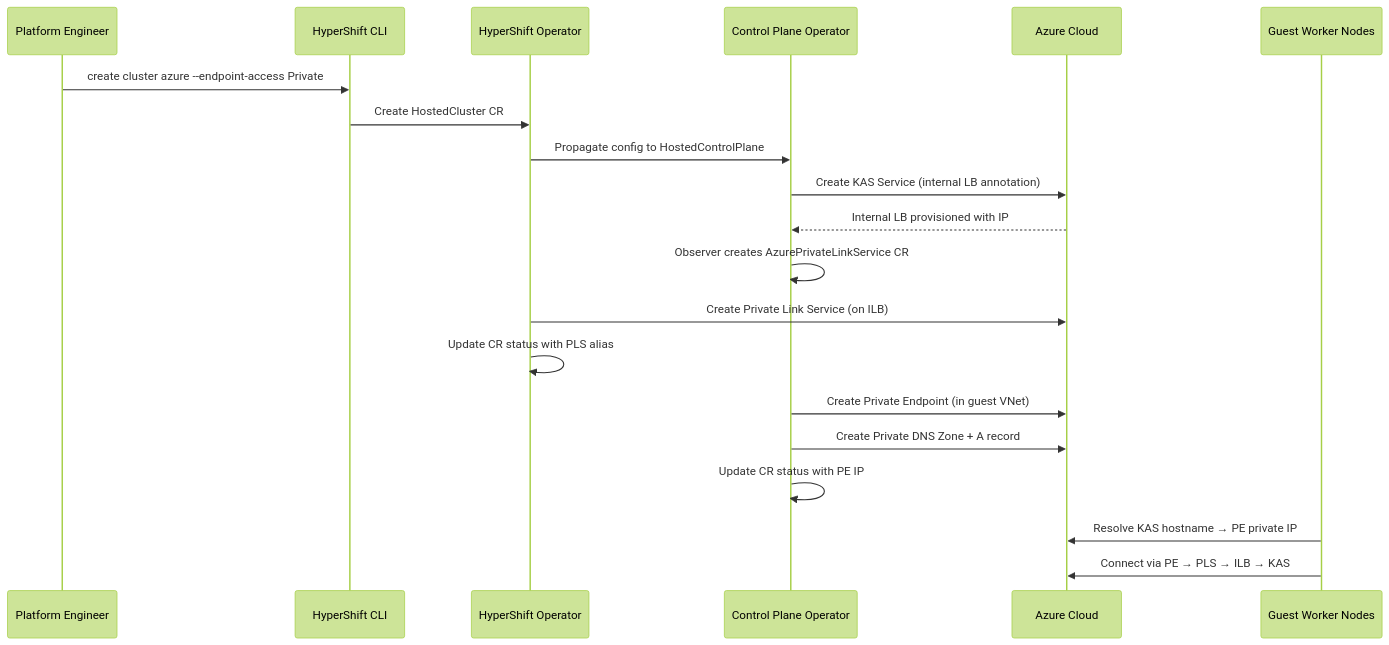
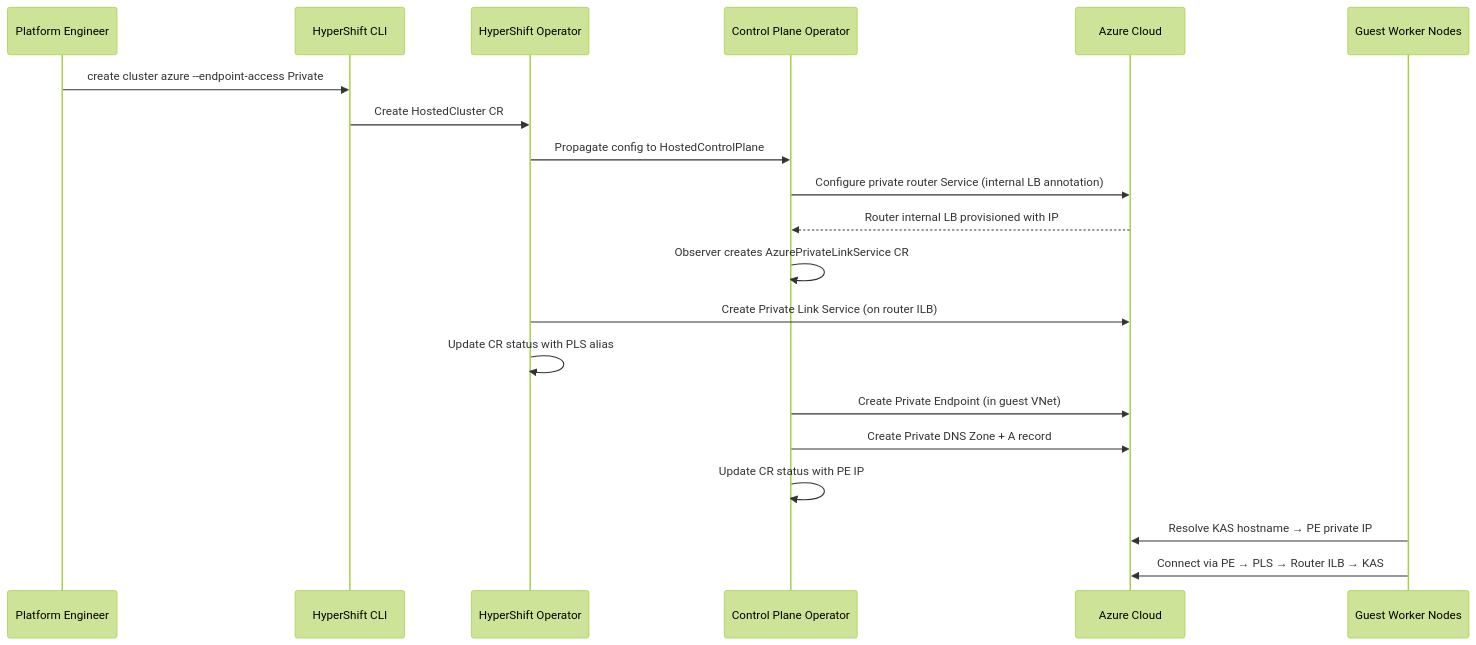
Before and after one commit to openshift/enhancements: the first of 3 diagrams in enhancements/hypershift/azure-private-topology.md, drawn with Mermaid (forest theme). The commit also changed other lines of this file, not shown here.

First line of the commit message:
Address review: KAS via Route, mutable endpointAccess

````diff
--- a/enhancements/hypershift/azure-private-topology.md
+++ b/enhancements/hypershift/azure-private-topology.md
@@ -183,23 +189,23 @@
 ```mermaid
 sequenceDiagram
     participant Engineer as Platform Engineer
     participant CLI as HyperShift CLI
     participant HO as HyperShift Operator
     participant CPO as Control Plane Operator
     participant Azure as Azure Cloud
     participant Worker as Guest Worker Nodes
 
     Engineer->>CLI: create cluster azure --endpoint-access Private
     CLI->>HO: Create HostedCluster CR
     HO->>CPO: Propagate config to HostedControlPlane
-    CPO->>Azure: Create KAS Service (internal LB annotation)
-    Azure-->>CPO: Internal LB provisioned with IP
+    CPO->>Azure: Configure private router Service (internal LB annotation)
+    Azure-->>CPO: Router internal LB provisioned with IP
     CPO->>CPO: Observer creates AzurePrivateLinkService CR
-    HO->>Azure: Create Private Link Service (on ILB)
+    HO->>Azure: Create Private Link Service (on router ILB)
     HO->>HO: Update CR status with PLS alias
     CPO->>Azure: Create Private Endpoint (in guest VNet)
     CPO->>Azure: Create Private DNS Zone + A record
     CPO->>CPO: Update CR status with PE IP
     Worker->>Azure: Resolve KAS hostname → PE private IP
-    Worker->>Azure: Connect via PE → PLS → ILB → KAS
+    Worker->>Azure: Connect via PE → PLS → Router ILB → KAS
 ```
````
